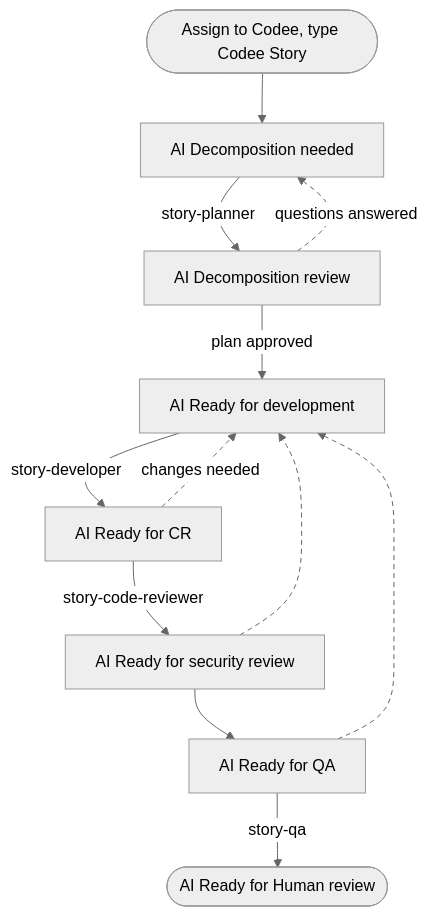
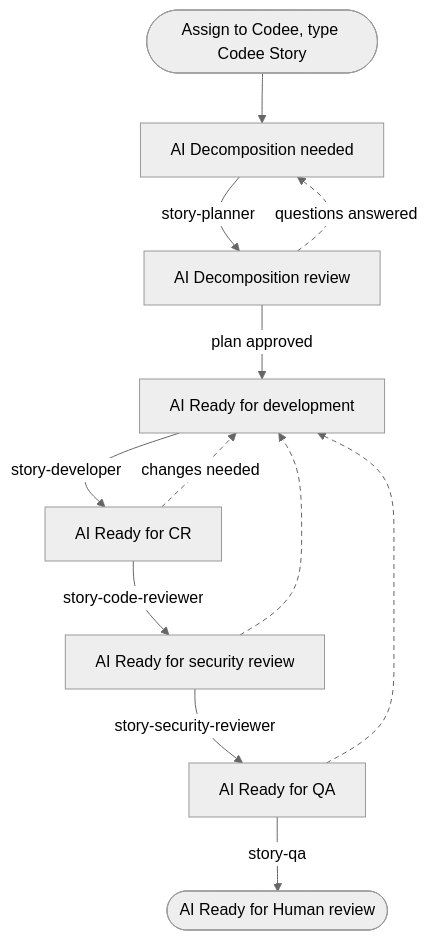
The first of 2 diagrams in docs/docs/tutorials/working-on-tasks-in-azure-devops.mdx (fusebase-dev/codee), drawn with Mermaid (neutral theme) before and after one commit. The commit also changed other lines of this file and 13 other files, not shown here.

````diff
--- a/docs/docs/tutorials/working-on-tasks-in-azure-devops.mdx
+++ b/docs/docs/tutorials/working-on-tasks-in-azure-devops.mdx
@@ -350,18 +350,18 @@
 ```mermaid
 flowchart TD
     start([Assign to Codee, type Codee Story]) --> decomp[AI Decomposition needed]
     decomp -->|story-planner| review[AI Decomposition review]
     review -.->|questions answered| decomp
     review -->|plan approved| dev[AI Ready for development]
     dev -->|story-developer| cr[AI Ready for CR]
     cr -->|story-code-reviewer| sec[AI Ready for security review]
-    sec --> qa[AI Ready for QA]
+    sec -->|story-security-reviewer| qa[AI Ready for QA]
     qa -->|story-qa| done([AI Ready for Human review])
     cr -.->|changes needed| dev
     sec -.-> dev
     qa -.-> dev
 
     class start,review,done human
     class decomp,dev,cr,sec,qa codee
     linkStyle 2,8,9,10 stroke-dasharray: 5 4
 ```
````
